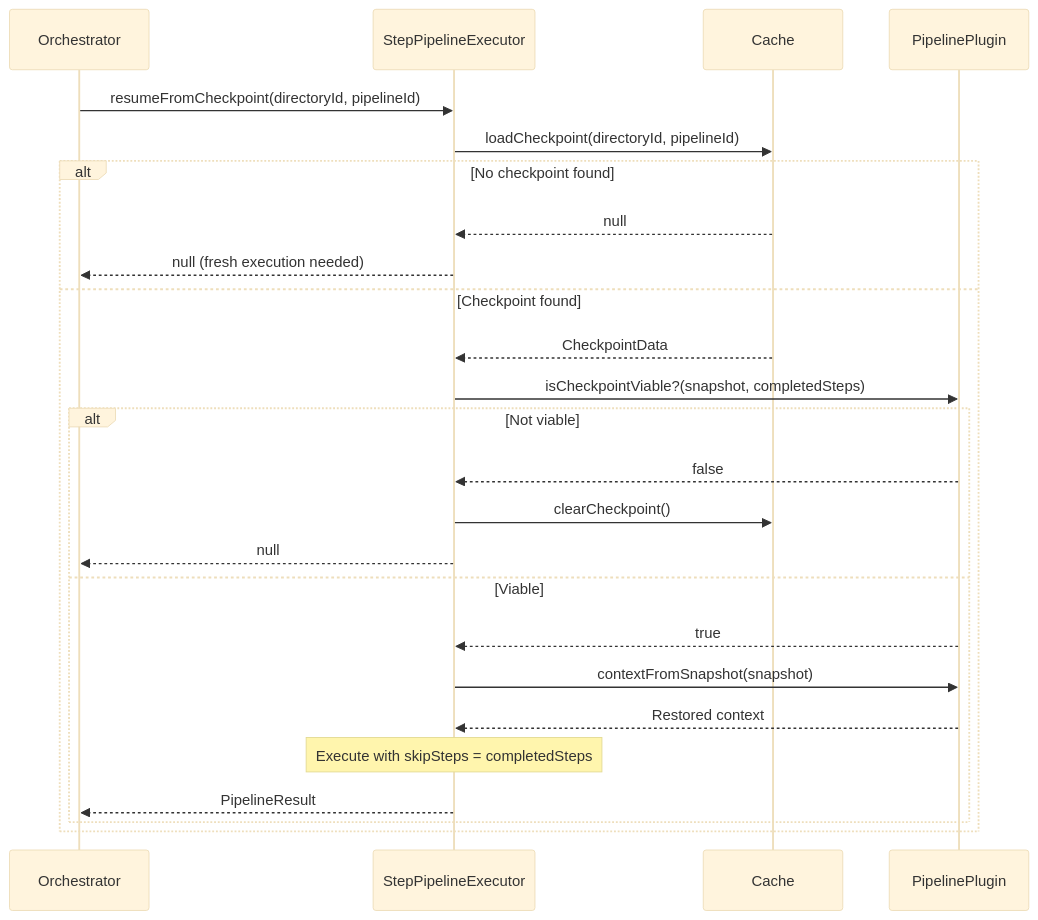
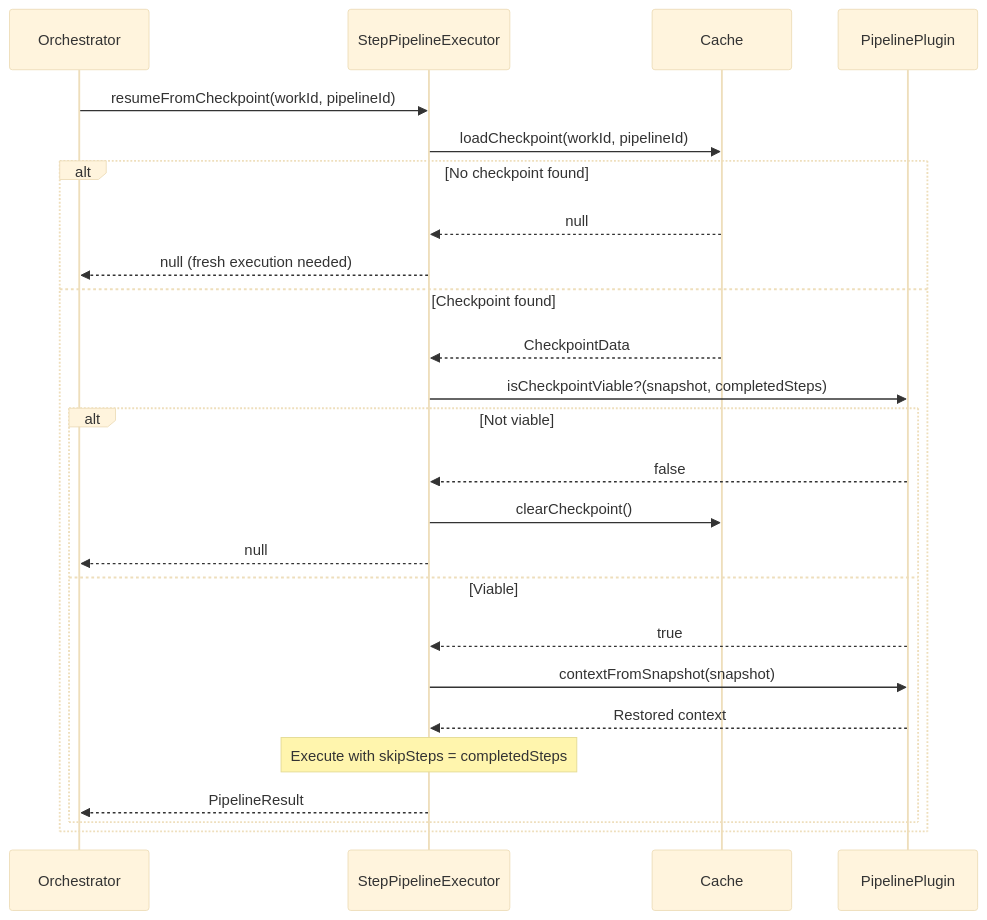
One commit to ever-works/ever-works changed the fourth of 6 diagrams in docs/advanced/error-recovery.md. Above: the diagram before and after it, drawn with Mermaid (base theme). The commit also changed other lines of this file and 395 other files, not shown here.

````diff
--- a/docs/advanced/error-recovery.md
+++ b/docs/advanced/error-recovery.md
@@ -221,29 +221,29 @@
 ```mermaid
 sequenceDiagram
     participant Orchestrator
     participant Executor as StepPipelineExecutor
     participant Cache
     participant Plugin as PipelinePlugin
 
-    Orchestrator->>Executor: resumeFromCheckpoint(directoryId, pipelineId)
-    Executor->>Cache: loadCheckpoint(directoryId, pipelineId)
+    Orchestrator->>Executor: resumeFromCheckpoint(workId, pipelineId)
+    Executor->>Cache: loadCheckpoint(workId, pipelineId)
 
     alt No checkpoint found
         Cache-->>Executor: null
         Executor-->>Orchestrator: null (fresh execution needed)
     else Checkpoint found
         Cache-->>Executor: CheckpointData
         Executor->>Plugin: isCheckpointViable?(snapshot, completedSteps)
         alt Not viable
             Plugin-->>Executor: false
             Executor->>Cache: clearCheckpoint()
             Executor-->>Orchestrator: null
         else Viable
             Plugin-->>Executor: true
             Executor->>Plugin: contextFromSnapshot(snapshot)
             Plugin-->>Executor: Restored context
             Note over Executor: Execute with skipSteps = completedSteps
             Executor-->>Orchestrator: PipelineResult
         end
     end
 ```
````
